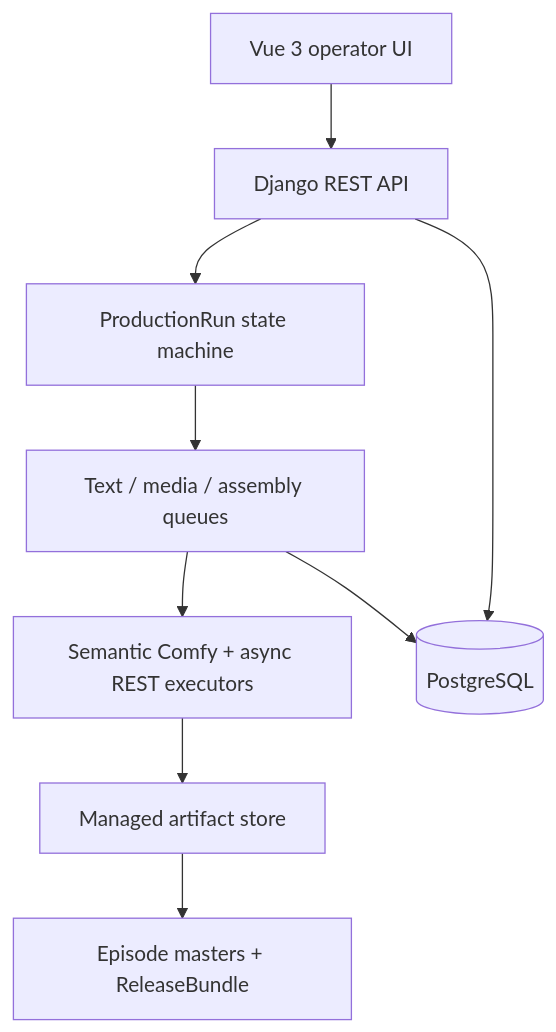
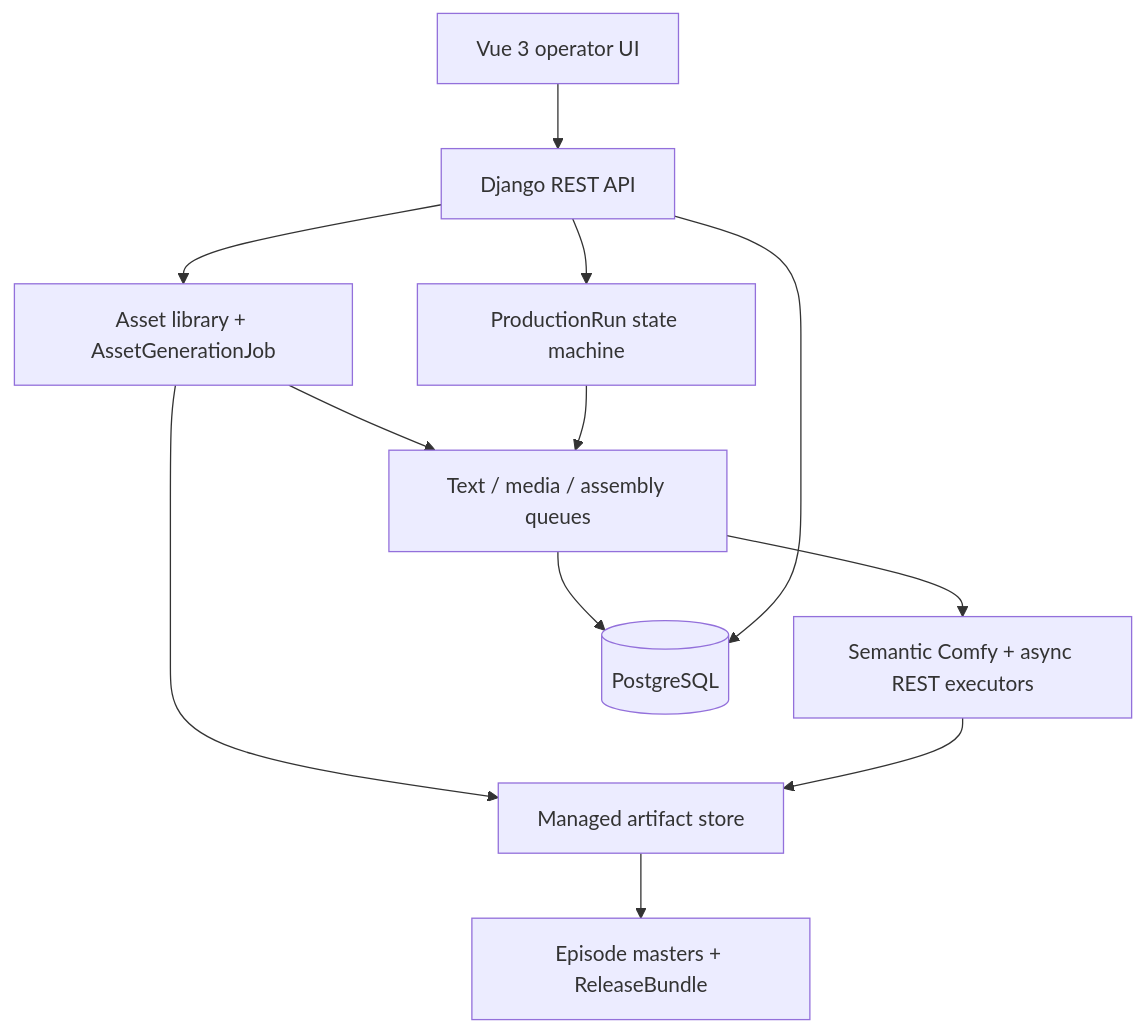
One commit to llcc0034/autocreatevideo changed the first of 2 diagrams in docs/architecture.md. Above: the diagram before and after it, drawn with Mermaid. The commit also changed other lines of this file and 605 other files, not shown here.

````diff
--- a/docs/architecture.md
+++ b/docs/architecture.md
@@ -7,20 +7,24 @@
 ```mermaid
 flowchart TB
     UI[Vue 3 operator UI]
     API[Django REST API]
+    AL[Asset library + AssetGenerationJob]
     PR[ProductionRun state machine]
     Q[Text / media / assembly queues]
     EX[Semantic Comfy + async REST executors]
     ART[Managed artifact store]
     DEL[Episode masters + ReleaseBundle]
     DB[(PostgreSQL)]
 
     UI --> API
+    API --> AL
+    AL --> Q
+    AL --> ART
     API --> PR
     PR --> Q
     Q --> DB
     Q --> EX
     EX --> ART
     ART --> DEL
     API --> DB
 ```
````
